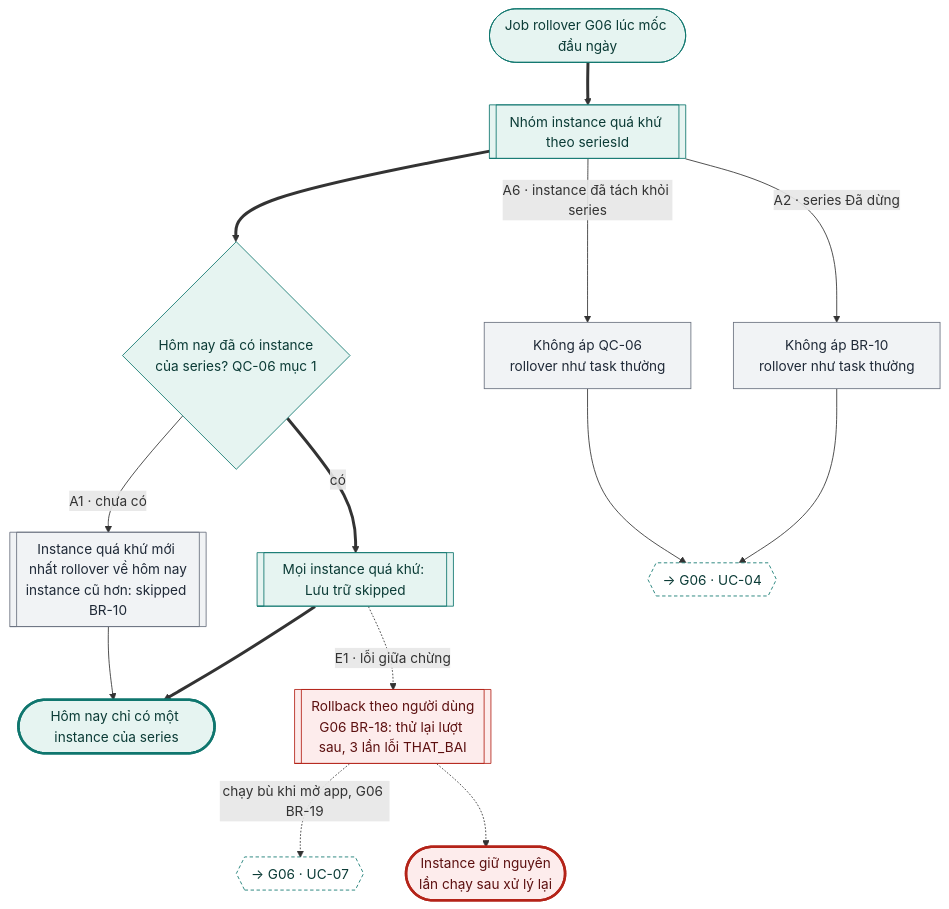
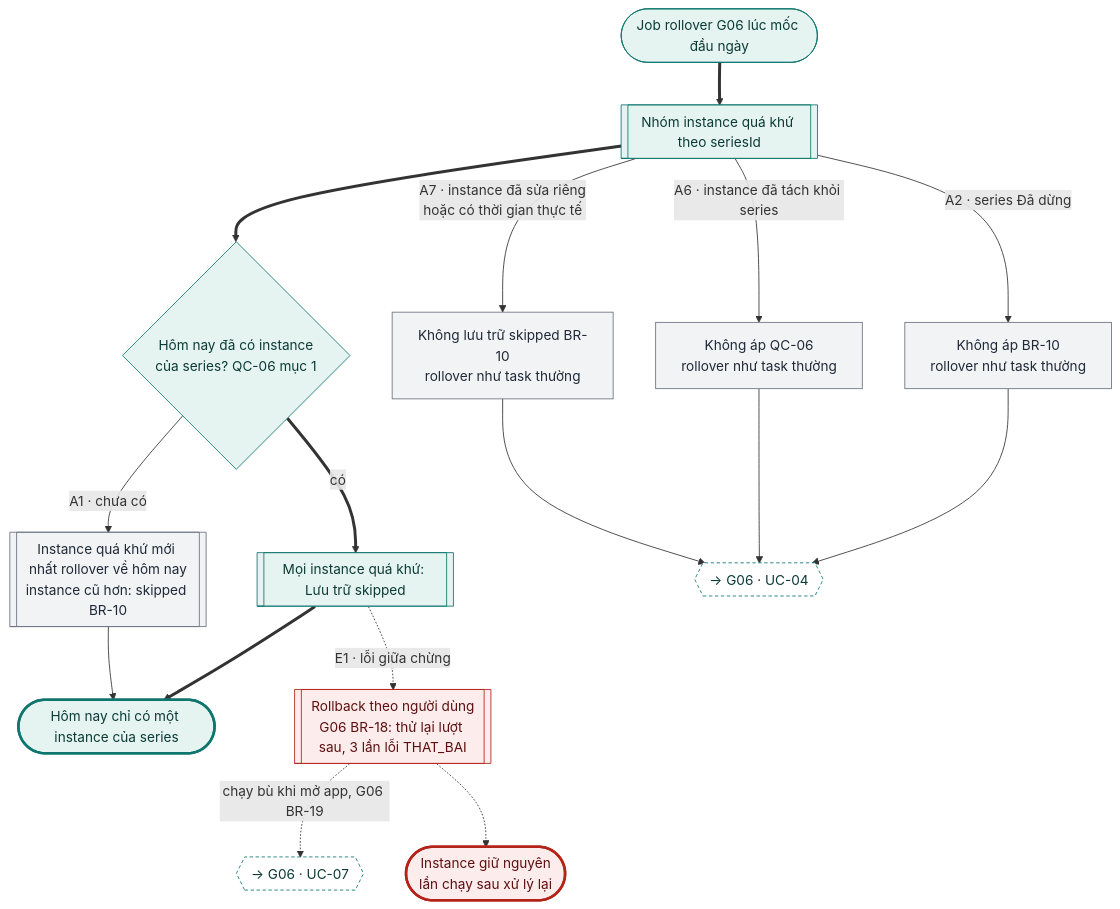
Diagram 16 of 19 in docs/design-brief/flow/g03-task-lap-lai.md (tannguyenho/personal-app), drawn with Mermaid before and after one commit. The commit also changed other lines of this file and 5 other files, not shown here.

First line of the commit message:
docs(G03, G06): áp quyết định PO 09/11 vào SRS, PRD, flow

````diff
--- a/docs/design-brief/flow/g03-task-lap-lai.md
+++ b/docs/design-brief/flow/g03-task-lap-lai.md
@@ -615,37 +662,39 @@
 ```mermaid
 flowchart TD
   start(["Job rollover G06 lúc mốc đầu ngày"])
   p1[["Nhóm instance quá khứ theo seriesId"]]
   d1{"Hôm nay đã có instance<br/>của series? QC-06 mục 1"}
   p2[["Mọi instance quá khứ: Lưu trữ skipped"]]
   ok(["Hôm nay chỉ có một instance của series"])
   start ==> p1 ==> d1
   d1 ==>|"có"| p2 ==> ok
 
   d1 -->|"A1 · chưa có"| a1[["Instance quá khứ mới nhất rollover về hôm nay<br/>instance cũ hơn: skipped BR-10"]]
   a1 --> ok
   p1 -->|"A2 · series Đã dừng"| a2["Không áp BR-10<br/>rollover như task thường"]
   p1 -->|"A6 · instance đã tách khỏi series"| a6["Không áp QC-06<br/>rollover như task thường"]
+  p1 -->|"A7 · instance đã sửa riêng<br/>hoặc có thời gian thực tế"| a7["Không lưu trữ skipped BR-10<br/>rollover như task thường"]
   a2 --> x1{{"→ G06 · UC-04"}}
   a6 --> x1
+  a7 --> x1
 
   p2 -.->|"E1 · lỗi giữa chừng"| e1[["Rollback theo người dùng<br/>G06 BR-18: thử lại lượt sau, 3 lần lỗi THAT_BAI"]]
   e1 -.->|"chạy bù khi mở app, G06 BR-19"| e1x{{"→ G06 · UC-07"}}
   e1 -.-> fail(["Instance giữ nguyên<br/>lần chạy sau xử lý lại"])
 
   class start,p1,d1,p2 happy
-  class a1,a2,a6 alt
+  class a1,a2,a6,a7 alt
   class x1,e1x link
   class e1 err
   class ok done
   class fail fail
   classDef happy fill:#E6F4F1,stroke:#0F766E,color:#0B3B36
   classDef alt fill:#F1F3F5,stroke:#6B7280,color:#1F2937
   classDef err fill:#FDECEC,stroke:#B42318,color:#5C1010
   classDef warn fill:#FEF4E2,stroke:#B45309,color:#4A2604
   classDef ai fill:#F1ECFD,stroke:#6D28D9,color:#2E1065
   classDef sync fill:#FFFFFF,stroke:#6B7280,stroke-dasharray:4 3,color:#1F2937
   classDef link fill:#FFFFFF,stroke:#0F766E,stroke-dasharray:4 3,color:#0B3B36
   classDef done fill:#E6F4F1,stroke:#0F766E,stroke-width:3px,color:#0B3B36
   classDef fail fill:#FDECEC,stroke:#B42318,stroke-width:3px,color:#5C1010
 ```
````
